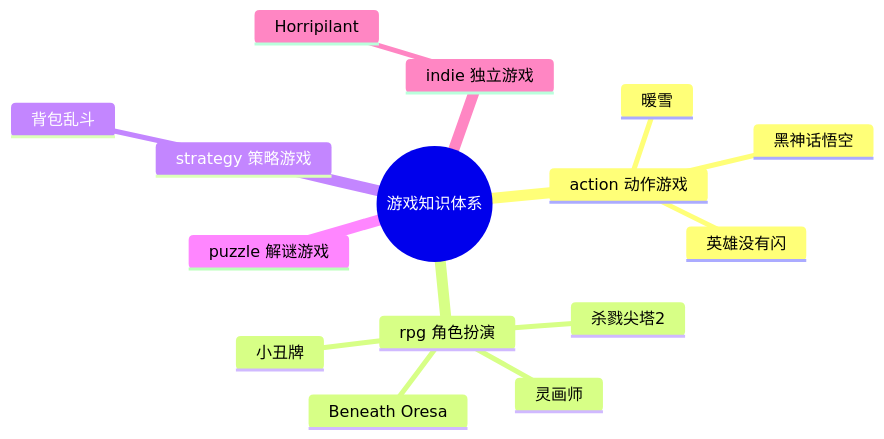
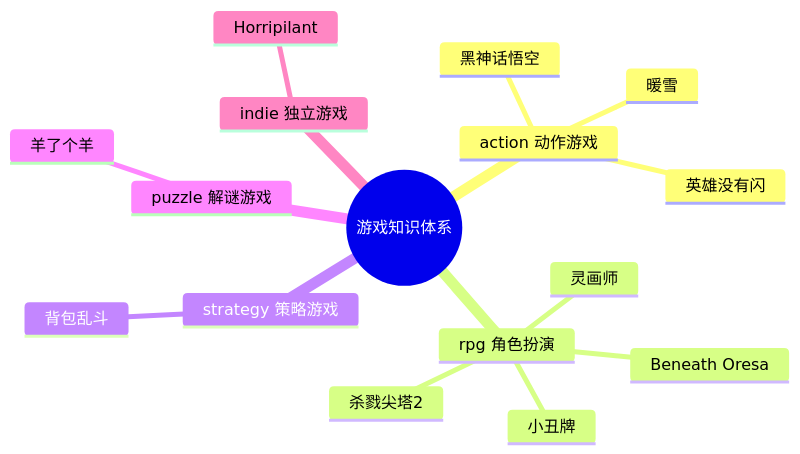
Before and after one commit to hongyesuifeng/readbooks: the diagram in games/游戏知识图谱.md, drawn with Mermaid. The commit also changed other lines of this file and 1 other file, not shown here.

Commit message:
update 羊了个羊

````diff
--- a/games/游戏知识图谱.md
+++ b/games/游戏知识图谱.md
@@ -9,18 +9,19 @@
 ```mermaid
 mindmap
   root((游戏知识体系))
     action 动作游戏
       英雄没有闪
       暖雪
       黑神话悟空
     rpg 角色扮演
       杀戮尖塔2
       灵画师
       Beneath Oresa
       小丑牌
     strategy 策略游戏
       背包乱斗
     puzzle 解谜游戏
+      羊了个羊
     indie 独立游戏
       Horripilant
 ```
````
